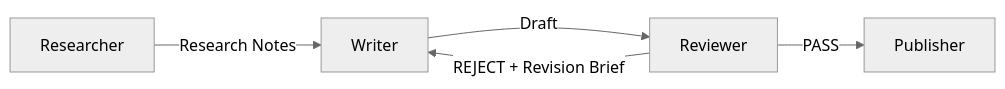
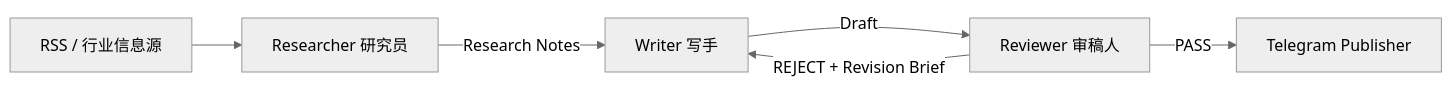
The diagram in docs/architecture.md (MartinKuai/chip-news-ai-workflow), drawn with Mermaid (neutral theme) before and after one commit. The commit also changed other lines of this file, not shown here.

Commit message:
docs: describe V2 micro-graph architecture

````diff
--- a/docs/architecture.md
+++ b/docs/architecture.md
@@ -50,7 +5,8 @@
 ```mermaid
 flowchart LR
-    A[Researcher] -->|Research Notes| B[Writer]
-    B -->|Draft| C[Reviewer]
-    C -->|PASS| D[Publisher]
-    C -->|REJECT + Revision Brief| B
+    A[RSS / 行业信息源] --> B[Researcher 研究员]
+    B -->|Research Notes| C[Writer 写手]
+    C -->|Draft| D[Reviewer 审稿人]
+    D -->|PASS| E[Telegram Publisher]
+    D -->|REJECT + Revision Brief| C
 ```
````
